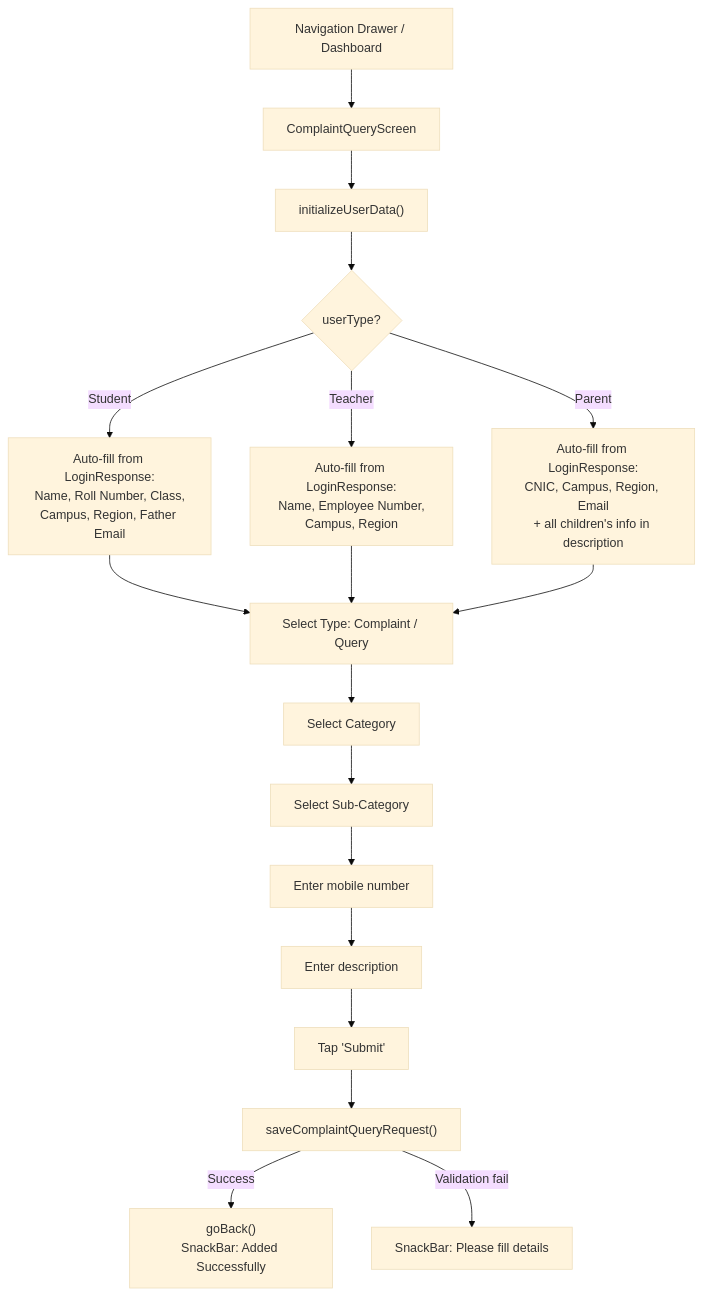
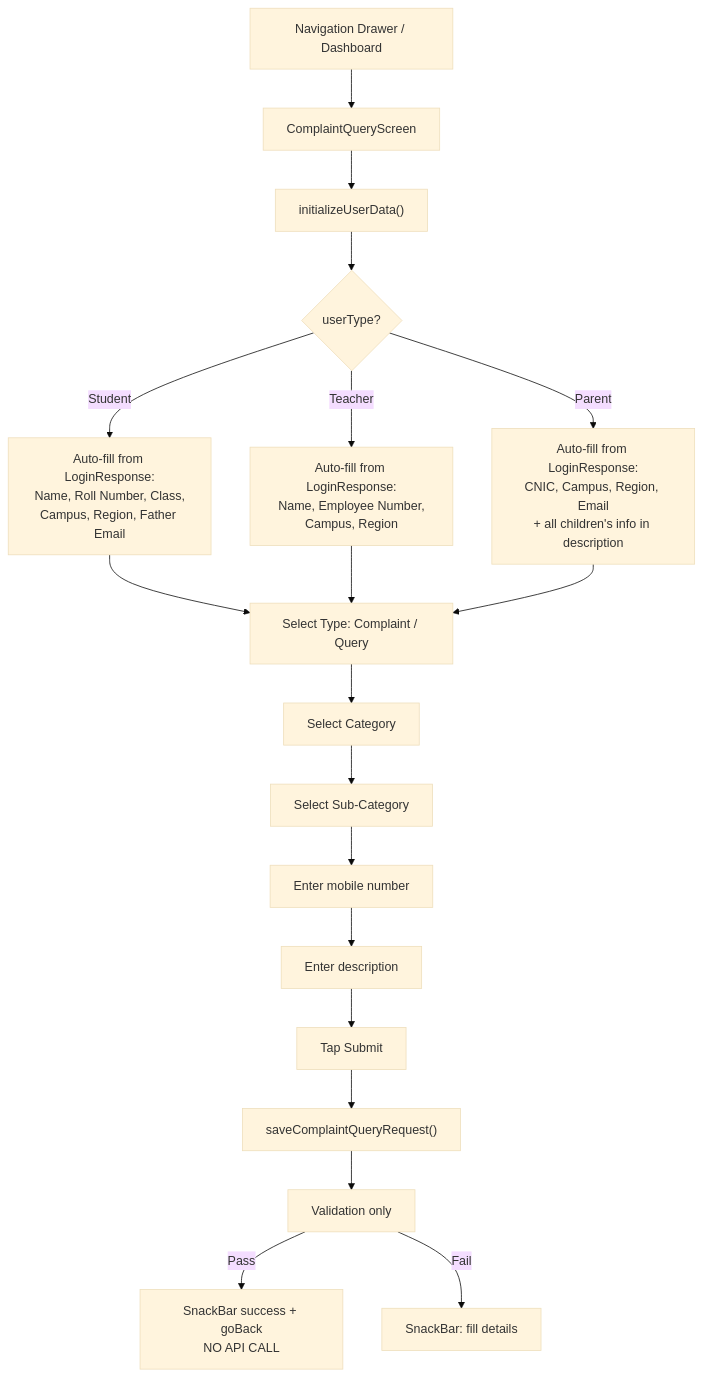
One commit to kainatsghar/CityzensApp changed the diagram in docs/Flows/Complaint and Query Flow.md. Above: the diagram before and after it, drawn with Mermaid (base theme). The commit also changed other lines of this file and 89 other files, not shown here.

Commit message:
docs: initialize comprehensive technical documentation and architecture blueprints

````diff
--- a/docs/Flows/Complaint and Query Flow.md
+++ b/docs/Flows/Complaint and Query Flow.md
@@ -9,23 +19,24 @@
 ```mermaid
 graph TD
     A["Navigation Drawer / Dashboard"] --> B["ComplaintQueryScreen"]
     B --> C["initializeUserData()"]
     C --> D{"userType?"}
     
     D -->|Student| E["Auto-fill from LoginResponse:<br/>Name, Roll Number, Class,<br/>Campus, Region, Father Email"]
     D -->|Teacher| F["Auto-fill from LoginResponse:<br/>Name, Employee Number,<br/>Campus, Region"]
     D -->|Parent| G["Auto-fill from LoginResponse:<br/>CNIC, Campus, Region, Email<br/>+ all children's info in description"]
     
     E --> H["Select Type: Complaint / Query"]
     F --> H
     G --> H
     
     H --> I["Select Category"]
     I --> J["Select Sub-Category"]
     J --> K["Enter mobile number"]
     K --> L["Enter description"]
-    L --> M["Tap 'Submit'"]
+    L --> M["Tap Submit"]
     M --> N["saveComplaintQueryRequest()"]
-    N -->|Success| O["goBack()<br/>SnackBar: Added Successfully"]
-    N -->|Validation fail| P["SnackBar: Please fill details"]
+    N --> O["Validation only"]
+    O -->|Pass| P["SnackBar success + goBack<br/>NO API CALL"]
+    O -->|Fail| Q["SnackBar: fill details"]
 ```
````
